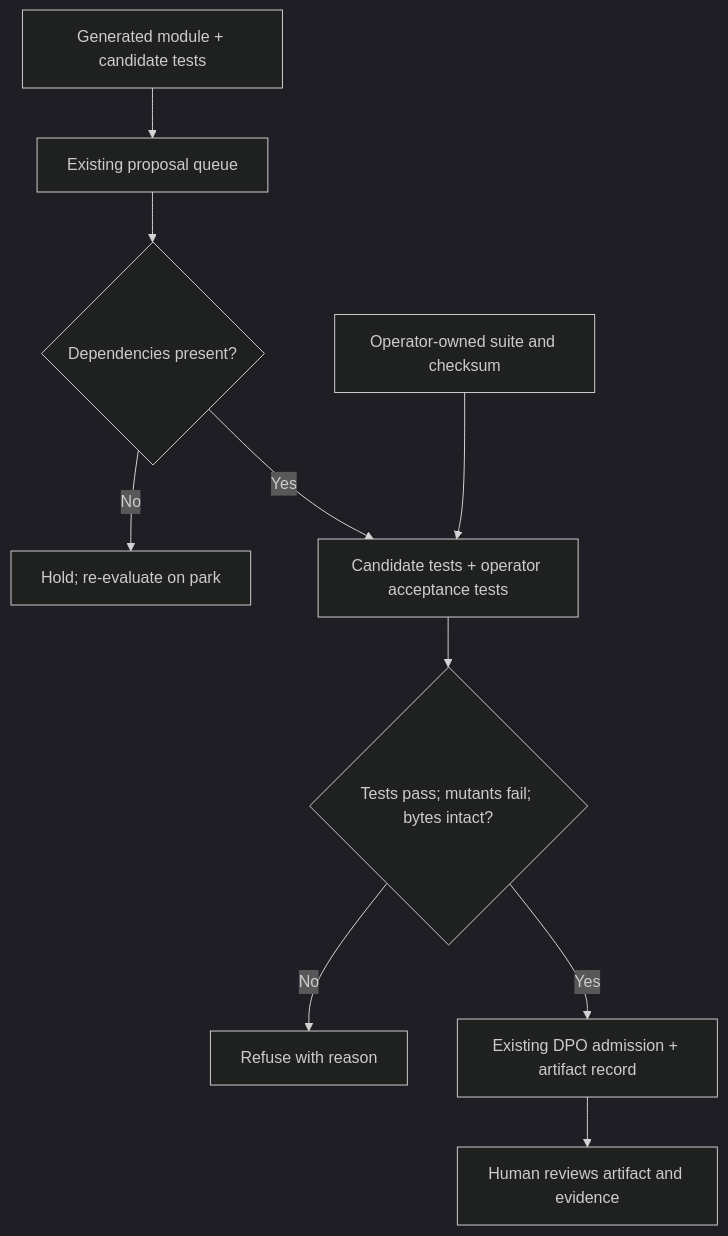
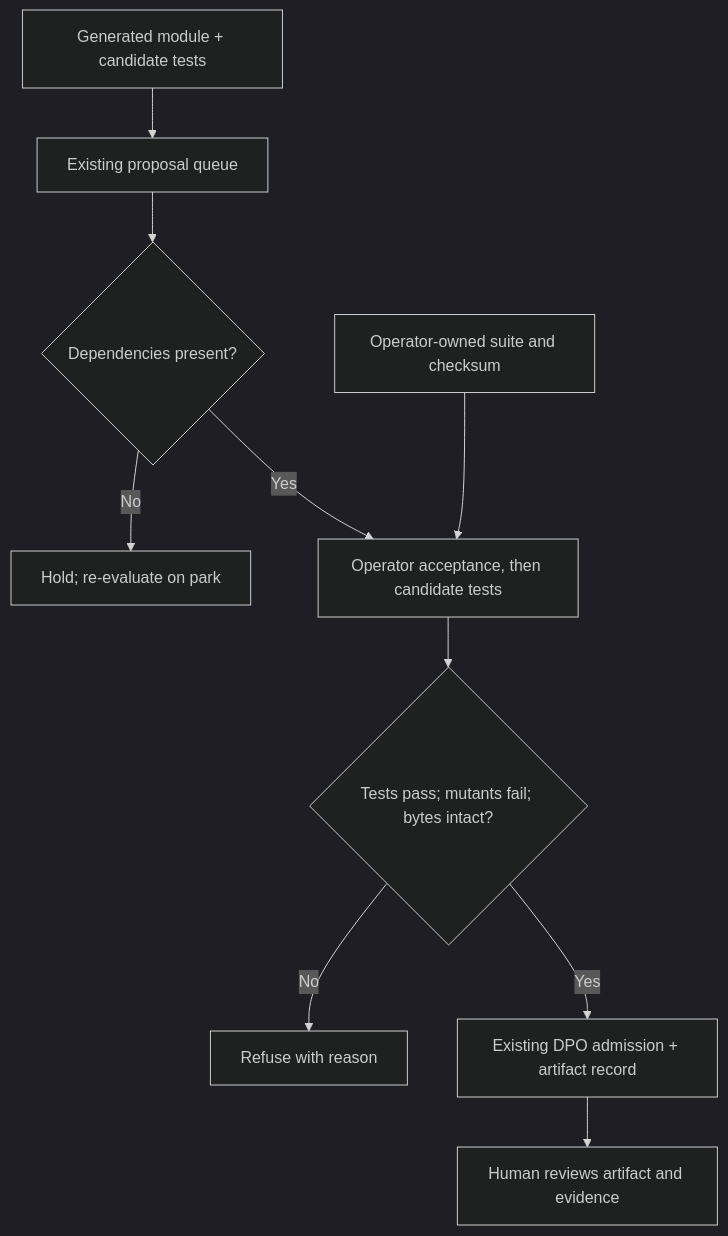
Before and after one commit to SyberLabs/OSAHR_Cell: the diagram in grokcell/PRODUCT_PLAN.md, drawn with Mermaid (dark theme). The commit also changed other lines of this file and 6 other files, not shown here.

First line of the commit message:
Evaluate operator acceptance before untrusted candidate tests

````diff
--- a/grokcell/PRODUCT_PLAN.md
+++ b/grokcell/PRODUCT_PLAN.md
@@ -63,12 +63,12 @@
 ```mermaid
 flowchart TD
   P["Generated module + candidate tests"] --> Q["Existing proposal queue"]
   Q --> D{"Dependencies present?"}
   D -->|No| H["Hold; re-evaluate on park"]
-  D -->|Yes| E["Candidate tests + operator acceptance tests"]
+  D -->|Yes| E["Operator acceptance, then candidate tests"]
   O["Operator-owned suite and checksum"] --> E
   E --> J{"Tests pass; mutants fail; bytes intact?"}
   J -->|No| R["Refuse with reason"]
   J -->|Yes| A["Existing DPO admission + artifact record"]
   A --> U["Human reviews artifact and evidence"]
 ```
````
